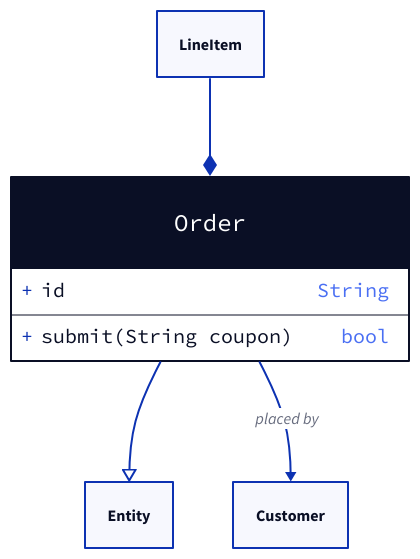
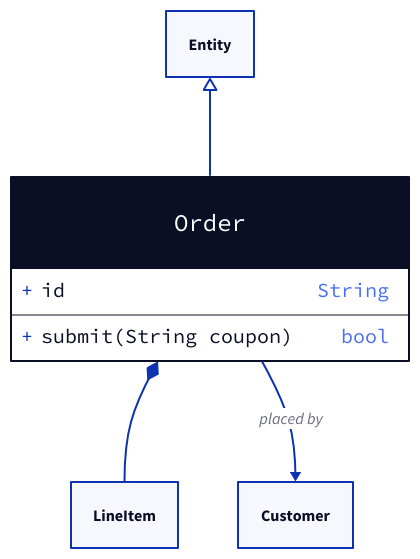
One commit to noamsto/mermaid2d2 changed the diagram in docs/examples/class.d2. Above: the diagram before and after it, drawn with D2. The commit also changed 8 other files, not shown here.

First line of the commit message:
fix: keep the class hierarchy upright when placing UML markers (#71)

```diff
--- a/docs/examples/class.d2
+++ b/docs/examples/class.d2
@@ -1,8 +1,8 @@
 Order: {
   shape: class
   +id: String
   +submit(String coupon): bool
 }
-Entity <- Order: {source-arrowhead: {shape: triangle; style.filled: false}}
-Order <- LineItem: {source-arrowhead: {shape: diamond; style.filled: true}}
+Entity <-> Order: {source-arrowhead: {shape: triangle; style.filled: false}; target-arrowhead: {shape: none}}
+Order <-> LineItem: {source-arrowhead: {shape: diamond; style.filled: true}; target-arrowhead: {shape: none}}
 Order -> Customer: placed by
```
